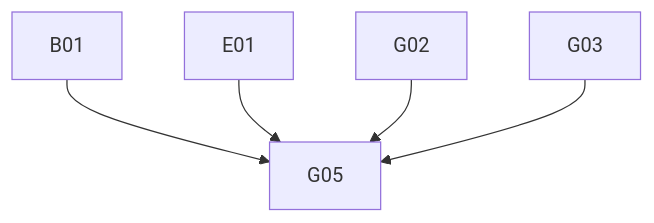
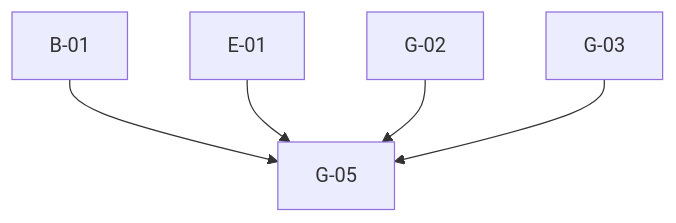
Before and after one commit to SarithaMathai/migration: the diagram in output/initial-analysis/claims/04-stories.md, drawn with Mermaid. The commit also changed other lines of this file and 151 other files, not shown here.

````diff
--- a/output/initial-analysis/claims/04-stories.md
+++ b/output/initial-analysis/claims/04-stories.md
@@ -25,4 +25,4 @@
 ```mermaid
 graph TD
-  B01 & E01 & G02 & G03 --> G05
+  B01["B-01"] & E01["E-01"] & G02["G-02"] & G03["G-03"] --> G05["G-05"]
 ```
````
